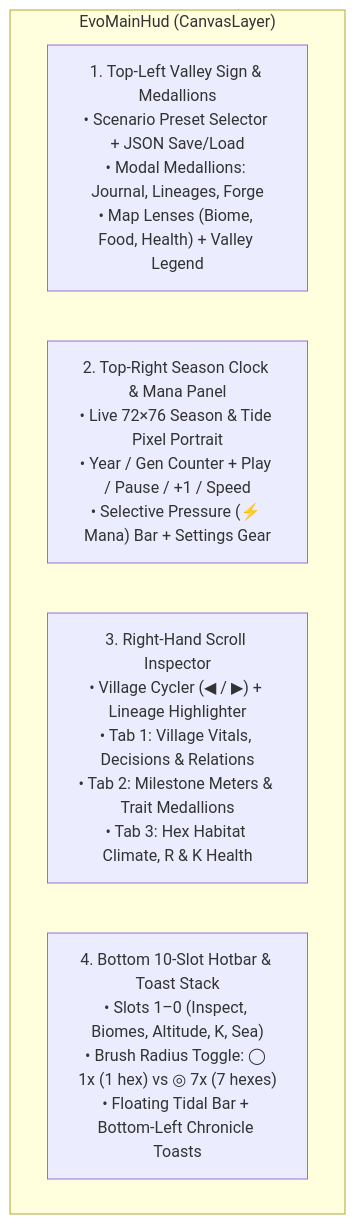
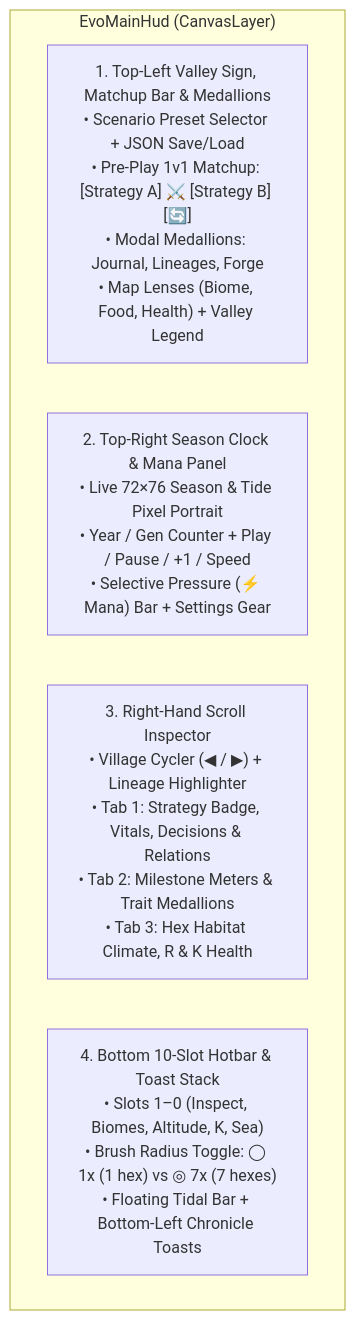
The diagram in gh-pages/ui_tools_controls.md (arrase/Evolution), drawn with Mermaid before and after one commit. The commit also changed other lines of this file and 22 other files, not shown here.

Commit message:
feat: add 1v1 evolutionary strategy duels and preset matchups to simulation mechanics

````diff
--- a/gh-pages/ui_tools_controls.md
+++ b/gh-pages/ui_tools_controls.md
@@ -13,9 +13,9 @@
 ```mermaid
 flowchart TD
     subgraph HUD ["EvoMainHud (CanvasLayer)"]
-        TopLeft["1. Top-Left Valley Sign & Medallions\n• Scenario Preset Selector + JSON Save/Load\n• Modal Medallions: Journal, Lineages, Forge\n• Map Lenses (Biome, Food, Health) + Valley Legend"]
+        TopLeft["1. Top-Left Valley Sign, Matchup Bar & Medallions\n• Scenario Preset Selector + JSON Save/Load\n• Pre-Play 1v1 Matchup: [Strategy A] ⚔️ [Strategy B] [🔄]\n• Modal Medallions: Journal, Lineages, Forge\n• Map Lenses (Biome, Food, Health) + Valley Legend"]
         TopRight["2. Top-Right Season Clock & Mana Panel\n• Live 72×76 Season & Tide Pixel Portrait\n• Year / Gen Counter + Play / Pause / +1 / Speed\n• Selective Pressure (⚡ Mana) Bar + Settings Gear"]
-        RightInsp["3. Right-Hand Scroll Inspector\n• Village Cycler (◀ / ▶) + Lineage Highlighter\n• Tab 1: Village Vitals, Decisions & Relations\n• Tab 2: Milestone Meters & Trait Medallions\n• Tab 3: Hex Habitat Climate, R & K Health"]
+        RightInsp["3. Right-Hand Scroll Inspector\n• Village Cycler (◀ / ▶) + Lineage Highlighter\n• Tab 1: Strategy Badge, Vitals, Decisions & Relations\n• Tab 2: Milestone Meters & Trait Medallions\n• Tab 3: Hex Habitat Climate, R & K Health"]
         BottomDock["4. Bottom 10-Slot Hotbar & Toast Stack\n• Slots 1–0 (Inspect, Biomes, Altitude, K, Sea)\n• Brush Radius Toggle: ◯ 1x (1 hex) vs ◎ 7x (7 hexes)\n• Floating Tidal Bar + Bottom-Left Chronicle Toasts"]
     end
 ```
````
